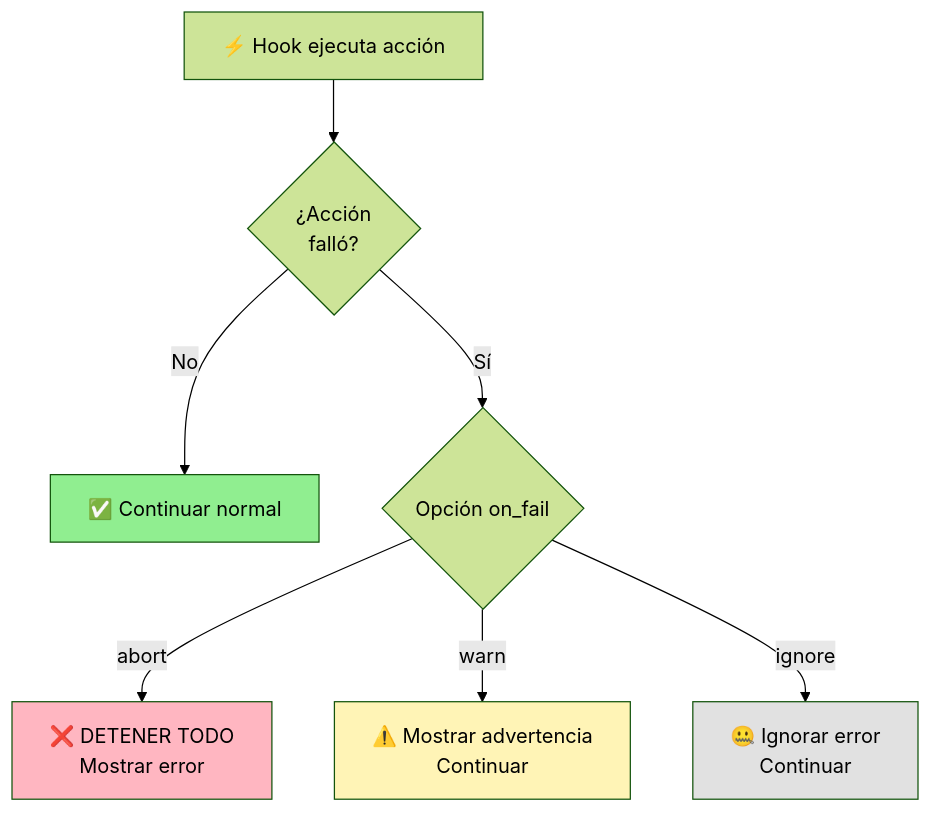
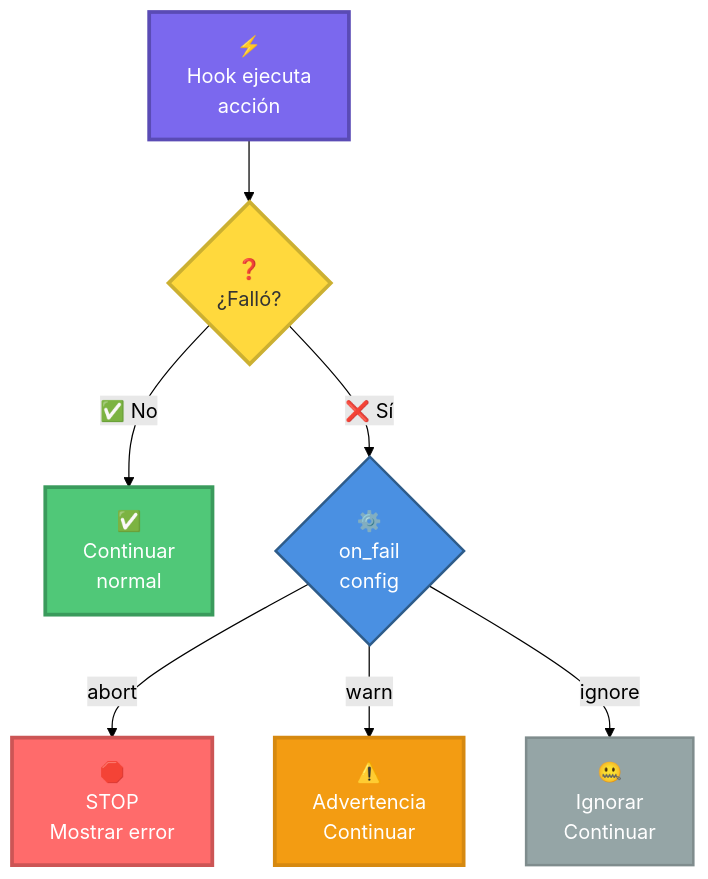
One commit to Ai-Whisperers/Courses-Content changed the eighth of 16 diagrams in courses/🟡-development/FPUNA-2026/00-FUNDAMENTOS-PRINCIPALES/02-maestria-configuracion.md. Above: the diagram before and after it, drawn with Mermaid (forest theme). The commit also changed other lines of this file, not shown here.

First line of the commit message:
Improve Mermaid diagrams in 02-maestria-configuracion.md (9/15 diagrams)

````diff
--- a/courses/🟡-development/FPUNA-2026/00-FUNDAMENTOS-PRINCIPALES/02-maestria-configuracion.md
+++ b/courses/🟡-development/FPUNA-2026/00-FUNDAMENTOS-PRINCIPALES/02-maestria-configuracion.md
@@ -627,15 +657,18 @@
 ```mermaid
 flowchart TD
-    Hook[⚡ Hook ejecuta acción] --> Check{¿Acción<br/>falló?}
-    Check -->|No| Success[✅ Continuar normal]
-    Check -->|Sí| OnFail{Opción on_fail}
+    Hook["⚡<br/>Hook ejecuta<br/>acción"] --> Check{"❓<br/>¿Falló?"}
+    Check -->|"✅ No"| Success["✅<br/>Continuar<br/>normal"]
+    Check -->|"❌ Sí"| OnFail{"⚙️<br/>on_fail<br/>config"}
     
-    OnFail -->|abort| Stop[❌ DETENER TODO<br/>Mostrar error]
-    OnFail -->|warn| Warn[⚠️ Mostrar advertencia<br/>Continuar]
-    OnFail -->|ignore| Ignore[🤐 Ignorar error<br/>Continuar]
+    OnFail -->|"abort"| Stop["🛑<br/>STOP<br/>Mostrar error"]
+    OnFail -->|"warn"| Warn["⚠️<br/>Advertencia<br/>Continuar"]
+    OnFail -->|"ignore"| Ignore["🤐<br/>Ignorar<br/>Continuar"]
     
-    style Success fill:#90EE90
-    style Stop fill:#FFB6C1
-    style Warn fill:#FFF4B6
-    style Ignore fill:#E1E1E1
+    style Hook fill:#7B68EE,stroke:#5A4BB5,stroke-width:3px,color:#fff
+    style Check fill:#FFD93D,stroke:#CCB031,stroke-width:3px,color:#333
+    style Success fill:#50C878,stroke:#3A9B5C,stroke-width:3px,color:#fff
+    style Stop fill:#FF6B6B,stroke:#CC5555,stroke-width:3px,color:#fff
+    style Warn fill:#F39C12,stroke:#D68910,stroke-width:3px,color:#fff
+    style Ignore fill:#95A5A6,stroke:#7F8C8D,stroke-width:2px,color:#fff
+    style OnFail fill:#4A90E2,stroke:#2E5C8A,stroke-width:2px,color:#fff
 ```
````
